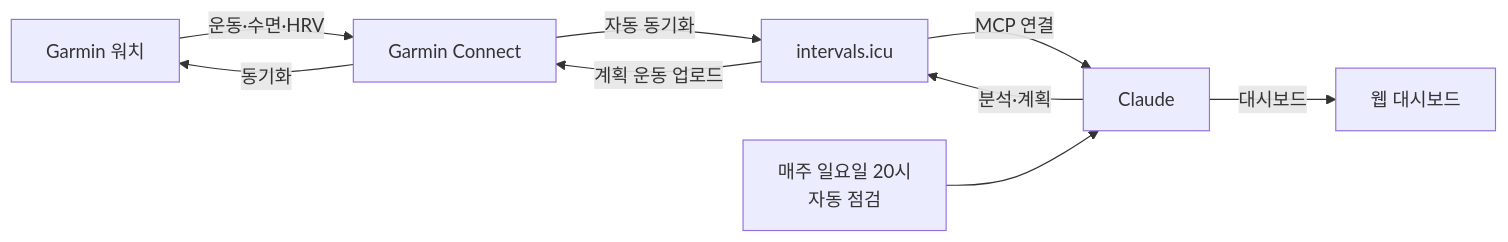
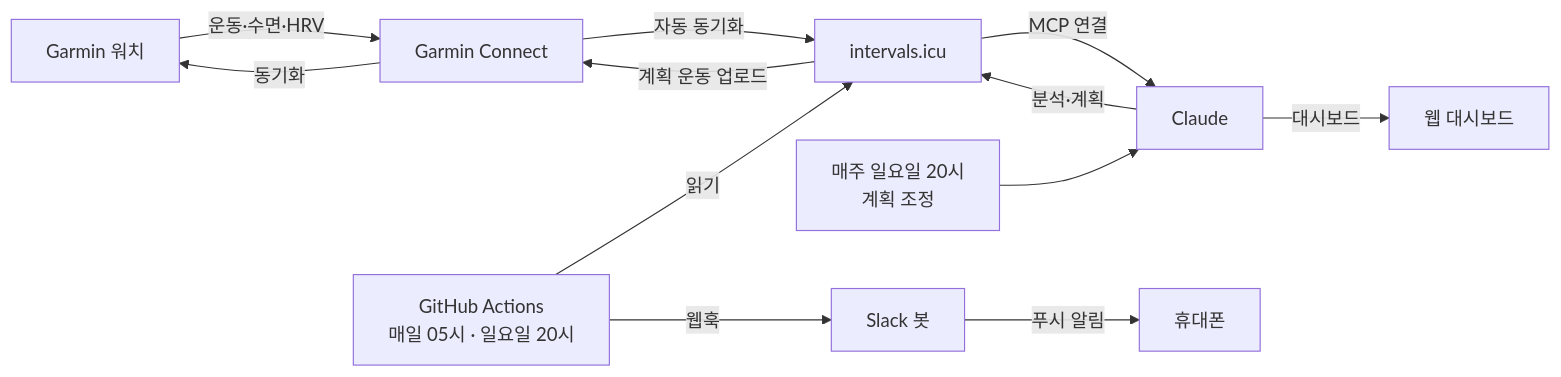
The diagram in README.md (Aasalia0925/sub5-marathon-coach), drawn with Mermaid before and after one commit. The commit also changed other lines of this file and 6 other files, not shown here.

First line of the commit message:
Slack 알림 봇과 GitHub Actions 클라우드 알림 추가

````diff
--- a/README.md
+++ b/README.md
@@ -12,11 +12,14 @@
 ```mermaid
 flowchart LR
     W[Garmin 워치] -- 운동·수면·HRV --> GC[Garmin Connect]
     GC -- 자동 동기화 --> I[intervals.icu]
     I -- MCP 연결 --> C[Claude]
     C -- 분석·계획 --> I
     I -- 계획 운동 업로드 --> GC
     GC -- 동기화 --> W
     C -- 대시보드 --> D[웹 대시보드]
-    S[매주 일요일 20시<br/>자동 점검] --> C
+    S[매주 일요일 20시<br/>계획 조정] --> C
+    GA[GitHub Actions<br/>매일 05시 · 일요일 20시] -- 읽기 --> I
+    GA -- 웹훅 --> SL[Slack 봇]
+    SL -- 푸시 알림 --> P[휴대폰]
 ```
````
